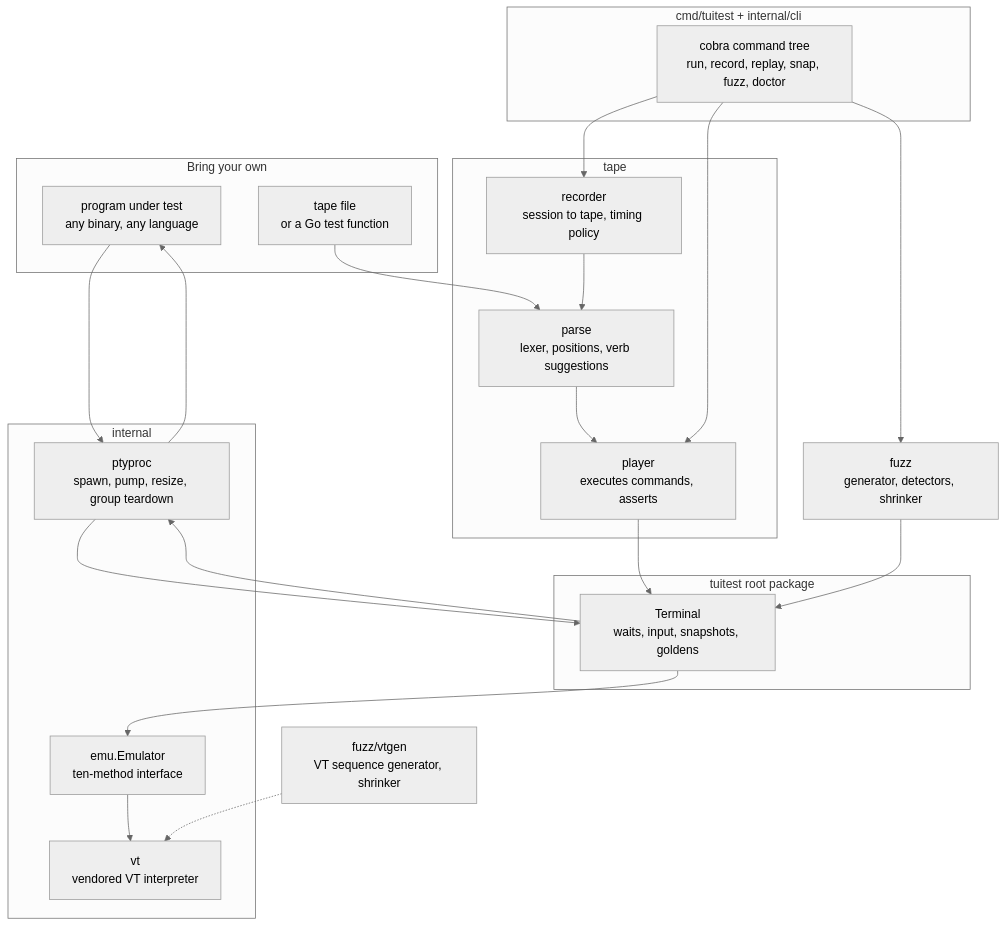
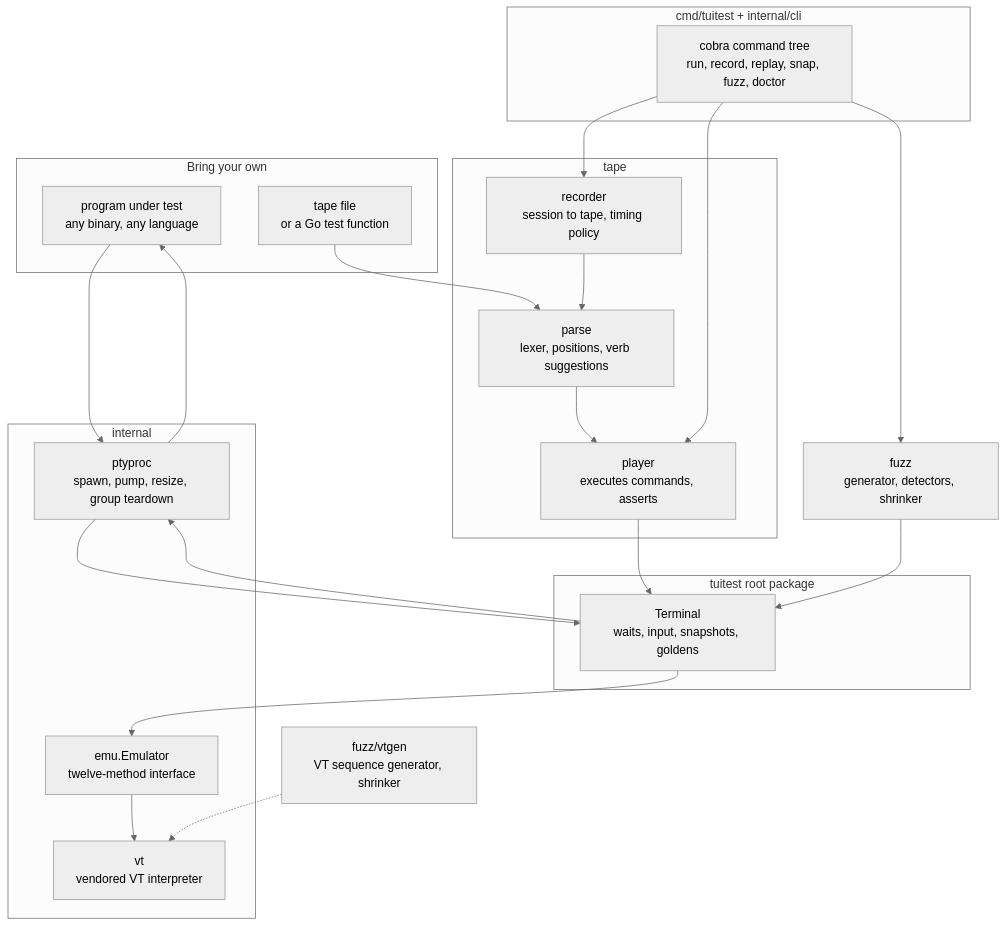
The first of 2 diagrams in README.md (Gaurav-Gosain/tuitest), drawn with Mermaid (neutral theme) before and after one commit. The commit also changed other lines of this file and 1 other file, not shown here.

````diff
--- a/README.md
+++ b/README.md
@@ -126,38 +201,38 @@
 ```mermaid
 flowchart TB
   subgraph Bring["Bring your own"]
     PROG[program under test<br/>any binary, any language]
     TAPE[tape file<br/>or a Go test function]
   end
 
   subgraph CLI["cmd/tuitest + internal/cli"]
     REG[cobra command tree<br/>run, record, replay, snap, fuzz, doctor]
   end
 
   subgraph Lang["tape"]
     PARSE[parse<br/>lexer, positions, verb suggestions]
     PLAY[player<br/>executes commands, asserts]
     REC[recorder<br/>session to tape, timing policy]
   end
 
   subgraph Core["tuitest root package"]
     TERM[Terminal<br/>waits, input, snapshots, goldens]
   end
 
   subgraph Low["internal"]
     PTY[ptyproc<br/>spawn, pump, resize, group teardown]
-    EMU[emu.Emulator<br/>ten-method interface]
+    EMU[emu.Emulator<br/>twelve-method interface]
     VT[vt<br/>vendored VT interpreter]
   end
 
   FUZZ[fuzz<br/>generator, detectors, shrinker]
   VTGEN[fuzz/vtgen<br/>VT sequence generator, shrinker]
 
   TAPE --> PARSE --> PLAY --> TERM
   REG --> PLAY
   REG --> REC --> PARSE
   REG --> FUZZ --> TERM
   TERM --> PTY --> PROG
   PROG --> PTY --> TERM --> EMU --> VT
   VTGEN -.-> VT
 ```
````
